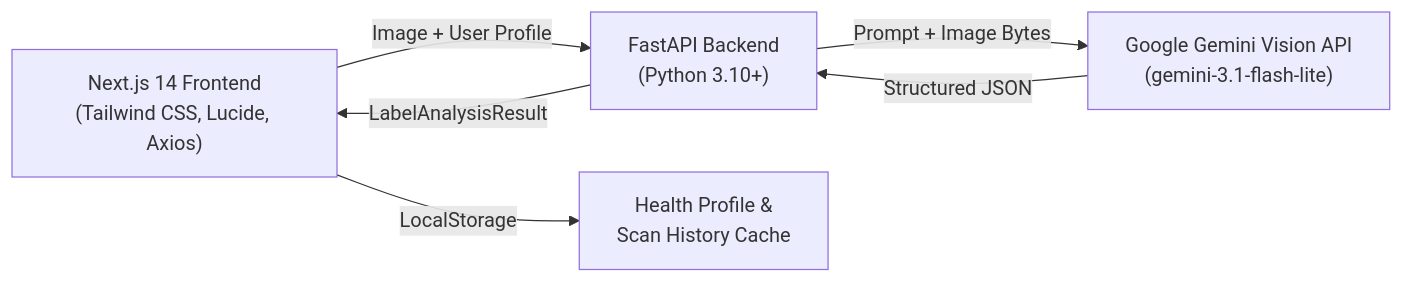
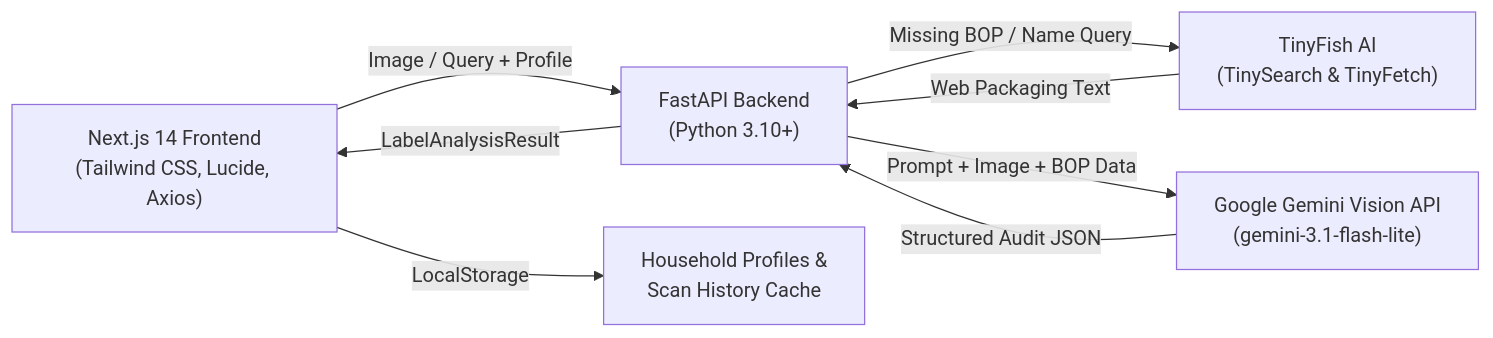
Before and after one commit to palakaggarwal27/LabelTruth: the diagram in README.md, drawn with Mermaid. The commit also changed other lines of this file and 3 other files, not shown here.

Commit message:
fix: reset stream pointer on smart scan upload, add graceful offline fallback, and update README with TinyFish documentation

````diff
--- a/README.md
+++ b/README.md
@@ -59,8 +63,10 @@
 ```mermaid
 flowchart LR
-    A["Next.js 14 Frontend<br/>(Tailwind CSS, Lucide, Axios)"] -->|"Image + User Profile"| B["FastAPI Backend<br/>(Python 3.10+)"]
-    B -->|"Prompt + Image Bytes"| C["Google Gemini Vision API<br/>(gemini-3.1-flash-lite)"]
-    C -->|"Structured JSON"| B
+    A["Next.js 14 Frontend<br/>(Tailwind CSS, Lucide, Axios)"] -->|"Image / Query + Profile"| B["FastAPI Backend<br/>(Python 3.10+)"]
+    B -->|"Missing BOP / Name Query"| E["TinyFish AI<br/>(TinySearch & TinyFetch)"]
+    E -->|"Web Packaging Text"| B
+    B -->|"Prompt + Image + BOP Data"| C["Google Gemini Vision API<br/>(gemini-3.1-flash-lite)"]
+    C -->|"Structured Audit JSON"| B
     B -->|"LabelAnalysisResult"| A
-    A -->|"LocalStorage"| D["Health Profile &<br/>Scan History Cache"]
+    A -->|"LocalStorage"| D["Household Profiles &<br/>Scan History Cache"]
 ```
````
